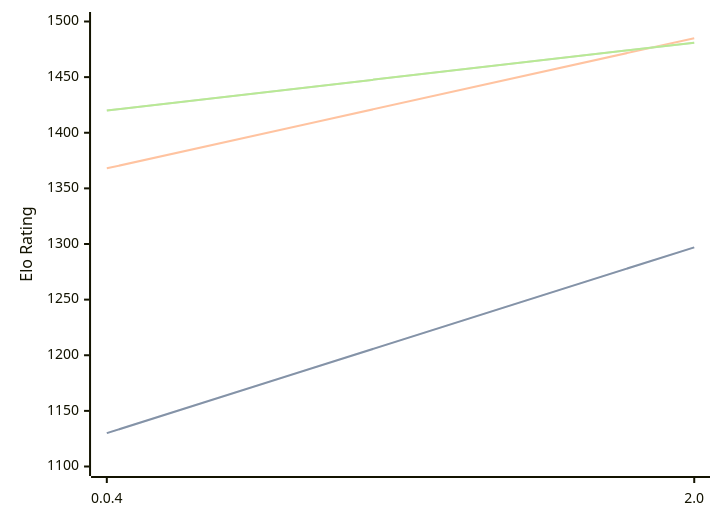
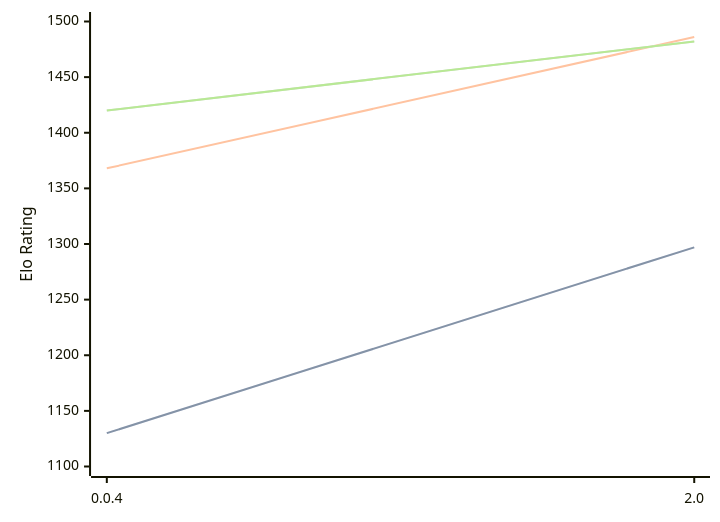
The diagram in engines/Oops!Mate.md (computer-chess-index/cci), drawn with Mermaid before and after one commit. The commit also changed other lines of this file, not shown here.

Commit message:
Update CCI Ratings (ELO VLTC) - 2026-05-14

````diff
--- a/engines/Oops!Mate.md
+++ b/engines/Oops!Mate.md
@@ -52,11 +52,11 @@
 ```mermaid
 %%{init: {"theme":"base","themeVariables":{"seriesColors:['#a3a3a3','#222221','#faa371']}}}%%
 xychart-beta
   x-axis ["0.0.4", "2.0"]
   y-axis "Elo Rating" 1100 --> 1500
   line "STC (8.0+0.08s)" [1130, 1297]
   line "STC (8.0+0.08s)" [1130, 1297]
-  line "LTC (60.0+0.60s)" [1368, 1485]
-  line "VLTC (2m24s+1.12s)" [1420, 1481]
-  line "VLTC (2m24s+1.12s)" [1420, 1481]
+  line "LTC (60.0+0.60s)" [1368, 1486]
+  line "VLTC (2m24s+1.12s)" [1420, 1482]
+  line "VLTC (2m24s+1.12s)" [1420, 1482]
 ```
````
